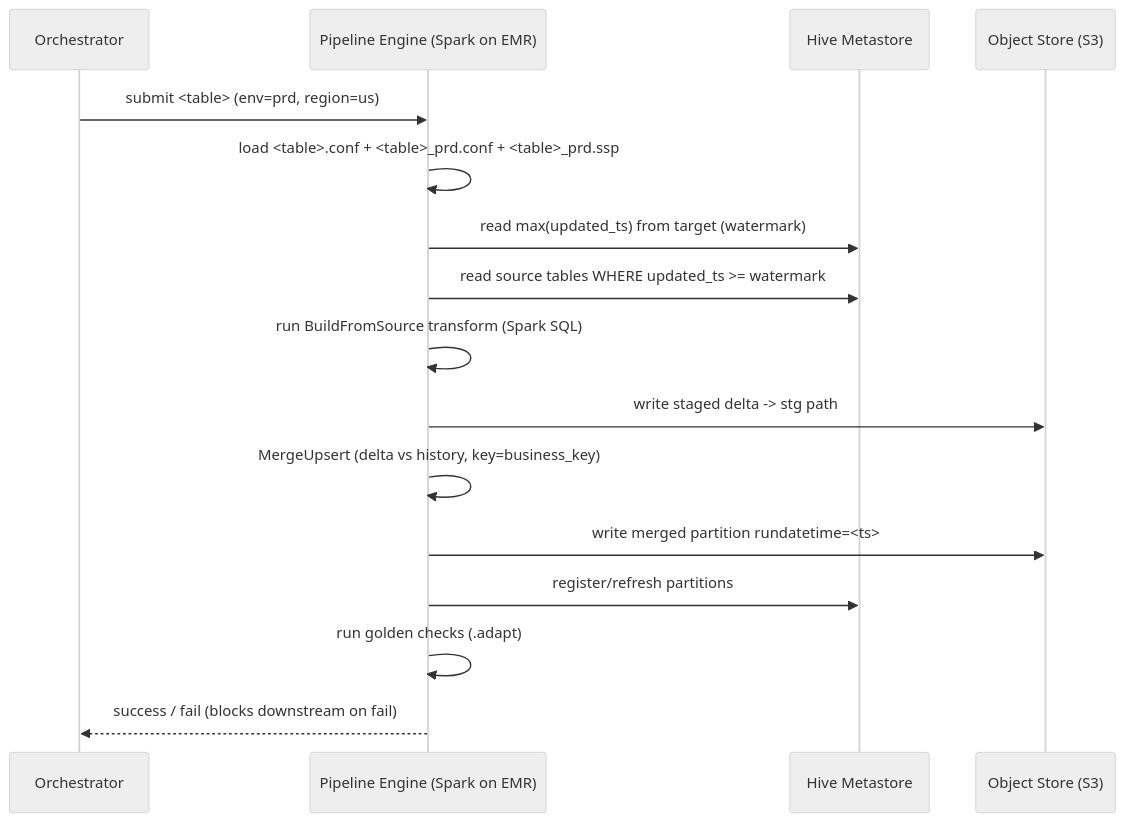
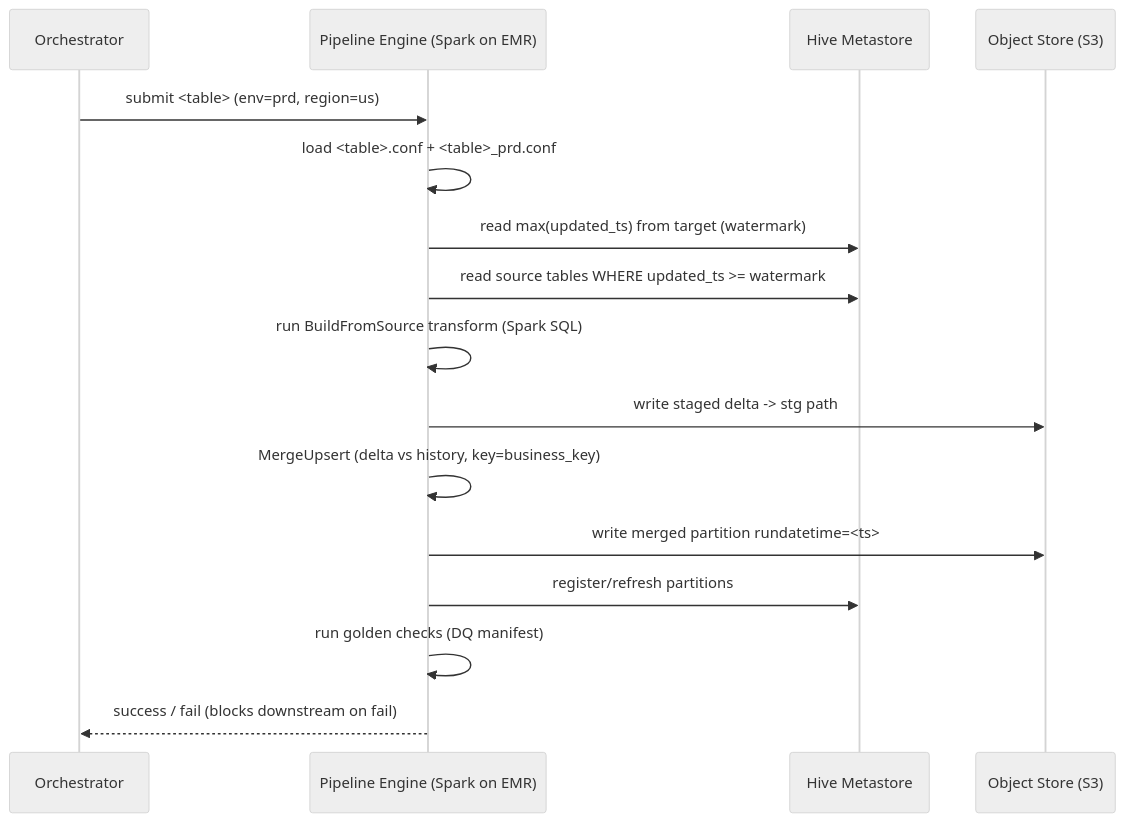
Before and after one commit to sharath-dataengineer/enterprise-data-foundation: the second of 5 diagrams in architecture.md, drawn with Mermaid (neutral theme). The commit also changed other lines of this file and 15 other files, not shown here.

Commit message:
Remove internal file extensions (.ssp, .adapt) and anonymize all table/schema names

````diff
--- a/architecture.md
+++ b/architecture.md
@@ -68,19 +68,19 @@
 ```mermaid
 sequenceDiagram
     participant Orq as Orchestrator
     participant Eng as Pipeline Engine (Spark on EMR)
     participant Cat as Hive Metastore
     participant S3 as Object Store (S3)
 
     Orq->>Eng: submit <table> (env=prd, region=us)
-    Eng->>Eng: load <table>.conf + <table>_prd.conf + <table>_prd.ssp
+    Eng->>Eng: load <table>.conf + <table>_prd.conf
     Eng->>Cat: read max(updated_ts) from target  (watermark)
     Eng->>Cat: read source tables WHERE updated_ts >= watermark
     Eng->>Eng: run BuildFromSource transform (Spark SQL)
     Eng->>S3: write staged delta -> stg path
     Eng->>Eng: MergeUpsert (delta vs history, key=business_key)
     Eng->>S3: write merged partition rundatetime=<ts>
     Eng->>Cat: register/refresh partitions
-    Eng->>Eng: run golden checks (.adapt)
+    Eng->>Eng: run golden checks (DQ manifest)
     Eng-->>Orq: success / fail (blocks downstream on fail)
 ```
````
